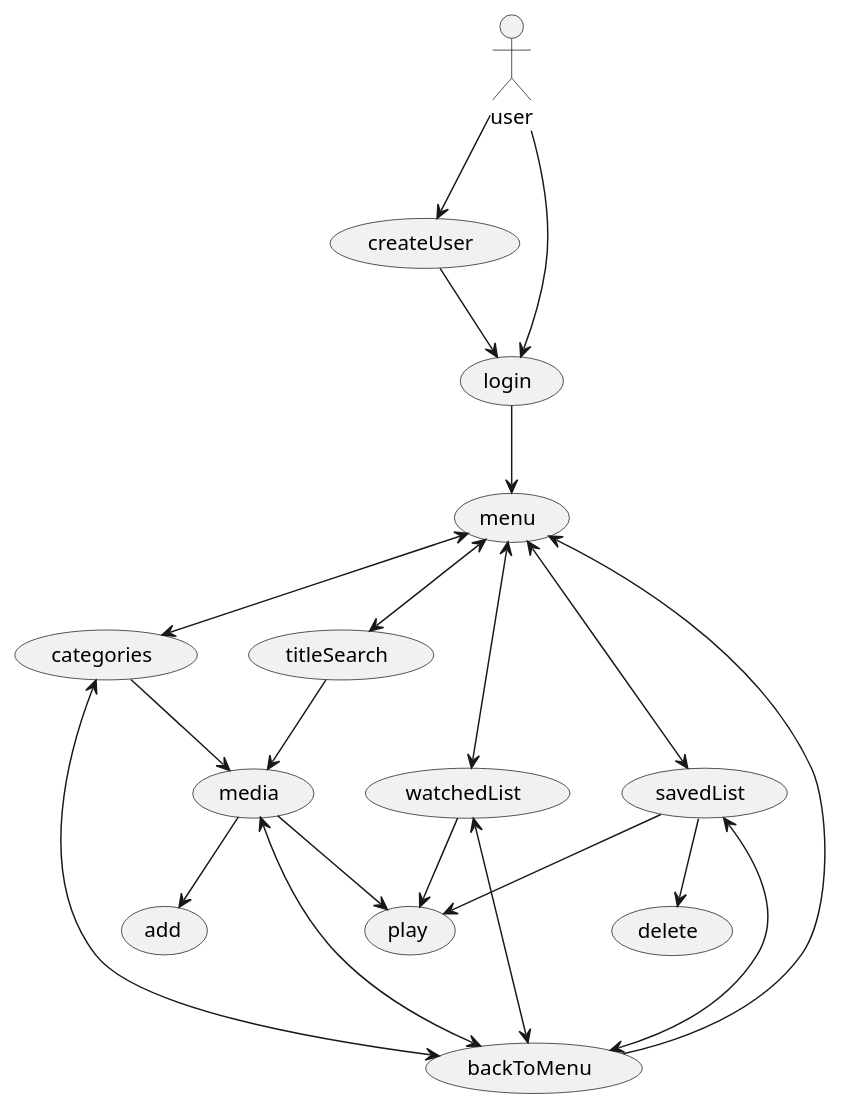
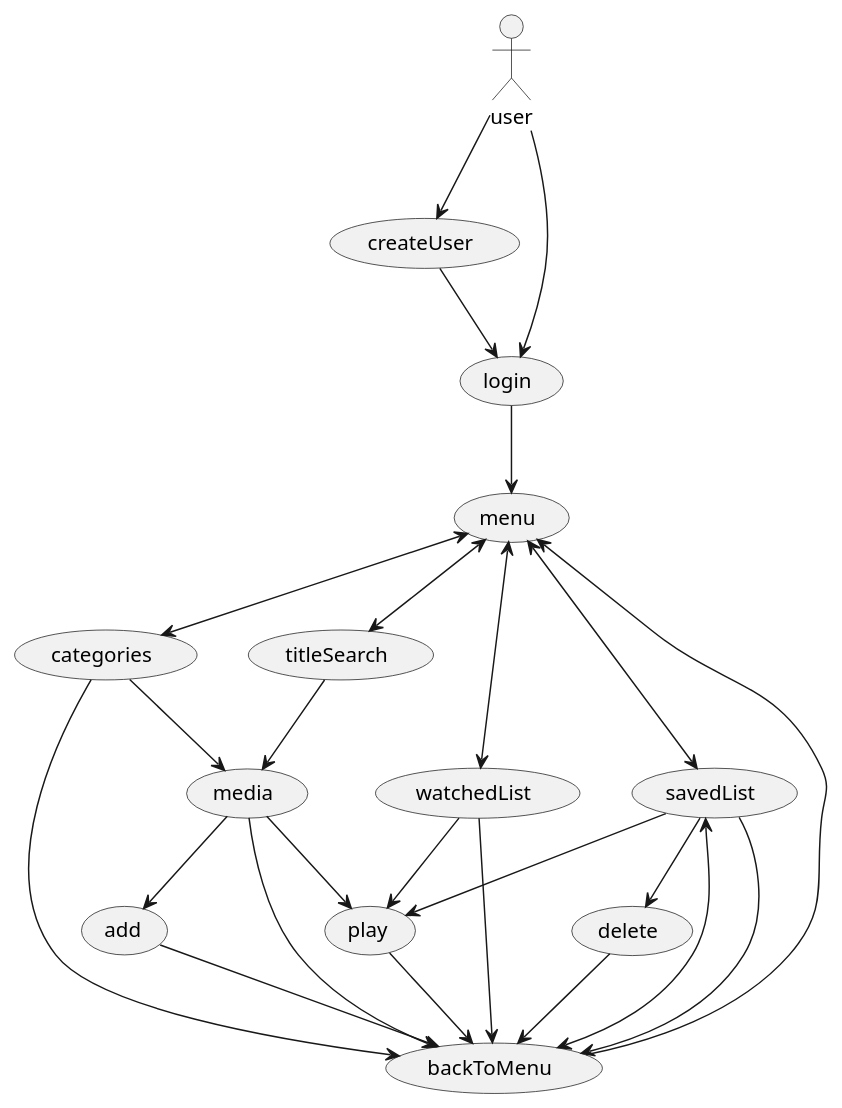
Before and after one commit to mrPrimeBeef/Sem1-Project-MovieStream: the diagram in Doc/dynamic/UseCases.puml, drawn with PlantUML. The commit also changed 3 other files, not shown here.

```diff
--- a/Doc/dynamic/UseCases.puml
+++ b/Doc/dynamic/UseCases.puml
@@ -1,49 +1,55 @@
 @startuml
 'https://plantuml.com/use-case-diagram
 
 actor user
 
 usecase createUser
 usecase login
 usecase menu
 usecase categories
 usecase titleSearch
 usecase watchedList
 usecase savedList
 usecase add
 usecase play
 usecase delete
 usecase backToMenu
 usecase media
 
 top to bottom direction
 user --> createUser
 user --> login
 
 createUser --> login
 
 login --> menu
 
 menu <--> watchedList
 menu <--> savedList
 menu <--> categories
 menu <--> titleSearch
 
 titleSearch --> media
 
 media --> play
 media --> add
-media <---> backToMenu
+media --> backToMenu
 
 savedList --> delete
 savedList --> play
 savedList <---> backToMenu
 
-watchedList <---> backToMenu
+watchedList --> backToMenu
 watchedList --> play
 
-categories <---> backToMenu
+categories --> backToMenu
 categories --> media
 
 backToMenu --> menu
+
+play --> backToMenu
+add --> backToMenu
+delete --> backToMenu
+savedList --> backToMenu
+
 @enduml
```
